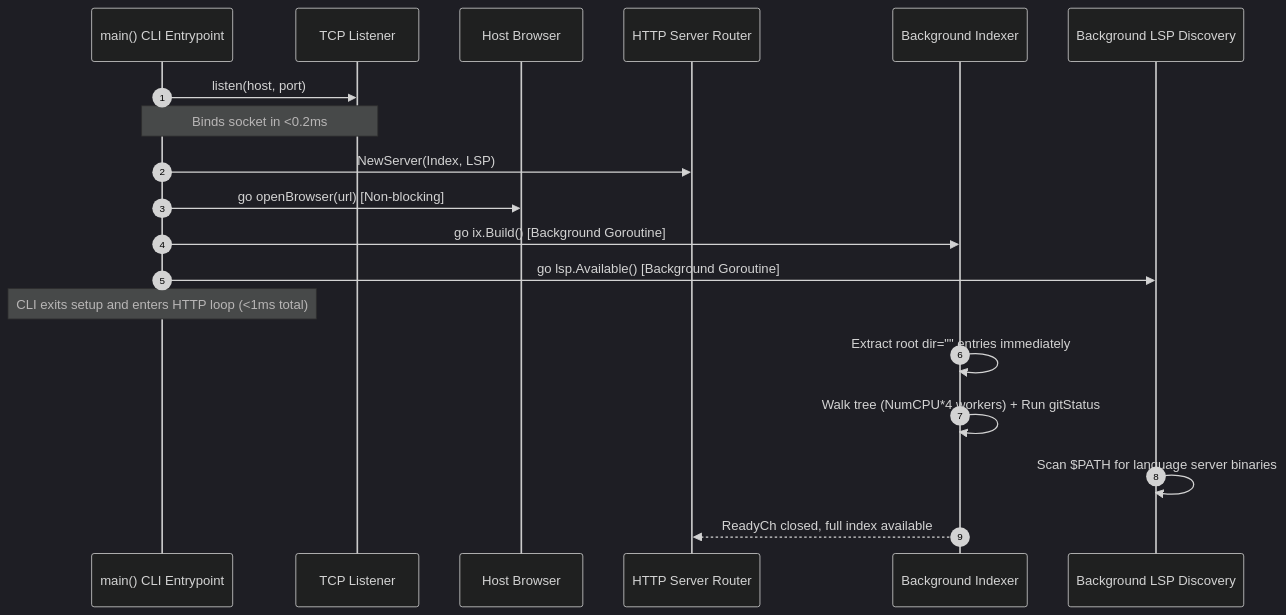
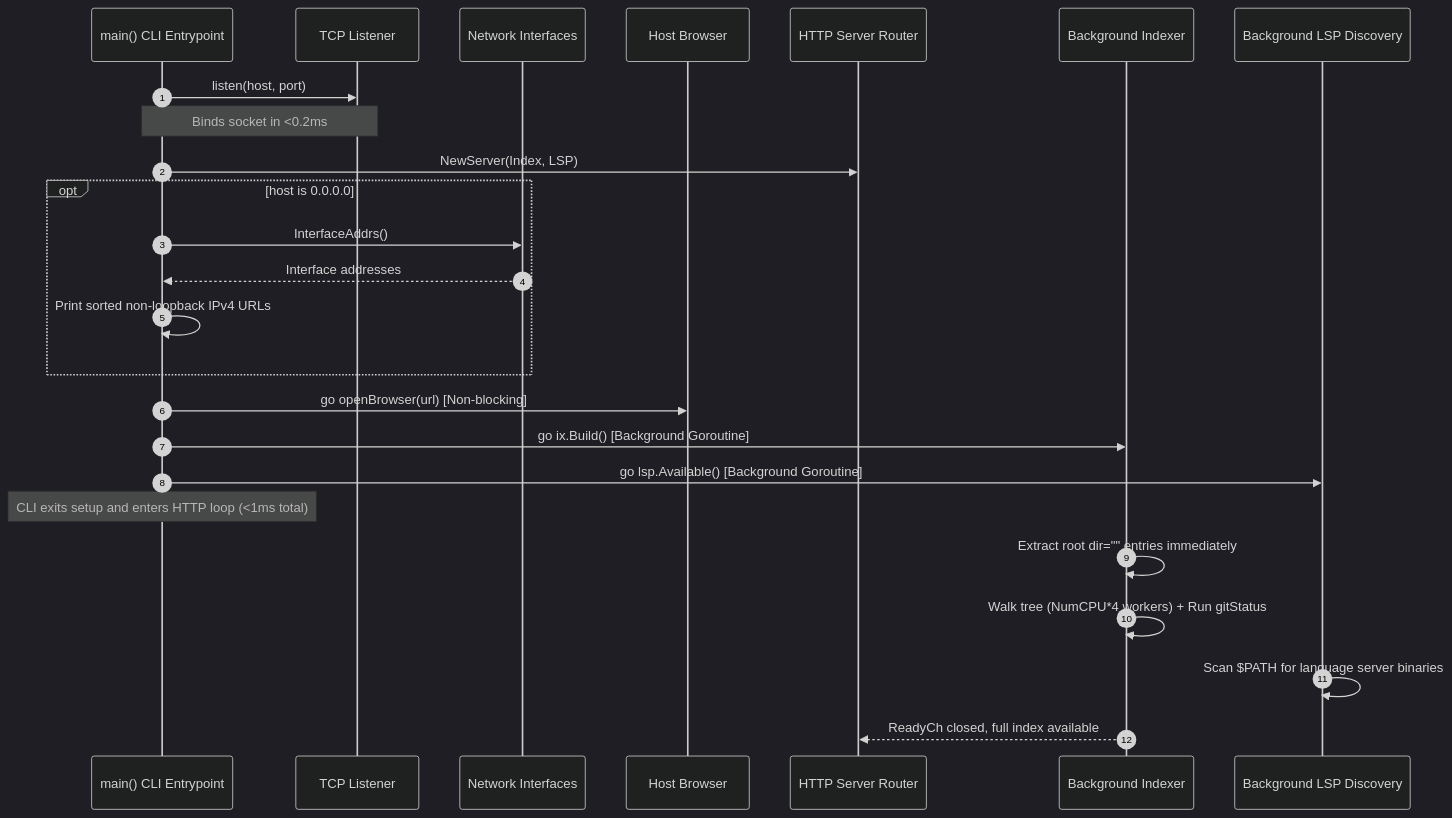
One commit to Absterrg0/px0 changed the diagram in docs/internals/architecture.md. Above: the diagram before and after it, drawn with Mermaid (dark theme). The commit also changed other lines of this file and 3 other files, not shown here.

First line of the commit message:
Advertise reachable network URLs for wildcard binds

````diff
--- a/docs/internals/architecture.md
+++ b/docs/internals/architecture.md
@@ -21,22 +21,28 @@
 ```mermaid
 sequenceDiagram
     autonumber
     participant CLI as main() CLI Entrypoint
     participant Net as TCP Listener
+    participant OS as Network Interfaces
     participant Browser as Host Browser
     participant Srv as HTTP Server Router
     participant Index as Background Indexer
     participant LSP as Background LSP Discovery
 
     CLI->>Net: listen(host, port)
     Note over CLI,Net: Binds socket in <0.2ms
     CLI->>Srv: NewServer(Index, LSP)
+    opt host is 0.0.0.0
+        CLI->>OS: InterfaceAddrs()
+        OS-->>CLI: Interface addresses
+        CLI->>CLI: Print sorted non-loopback IPv4 URLs
+    end
     CLI->>Browser: go openBrowser(url) [Non-blocking]
     CLI->>Index: go ix.Build() [Background Goroutine]
     CLI->>LSP: go lsp.Available() [Background Goroutine]
     Note over CLI: CLI exits setup and enters HTTP loop (<1ms total)
     Index->>Index: Extract root dir="" entries immediately
     Index->>Index: Walk tree (NumCPU*4 workers) + Run gitStatus
     LSP->>LSP: Scan $PATH for language server binaries
     Index-->>Srv: ReadyCh closed, full index available
 ```
````
